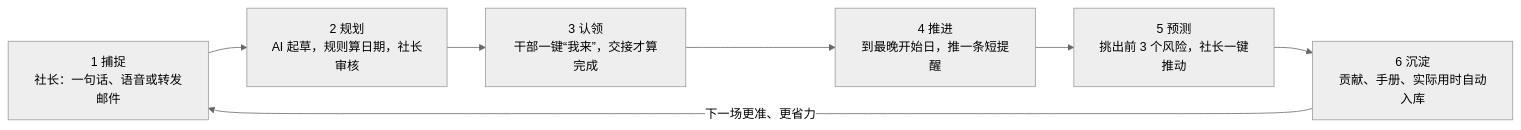
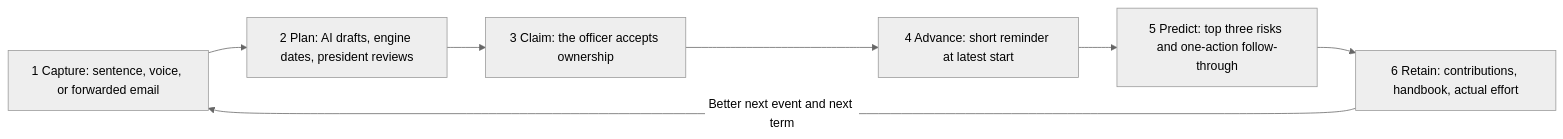
One commit to juanxiwu2005/platypus-officer-hub changed the diagram in docs/PRODUCT_PLAN.md. Above: the diagram before and after it, drawn with Mermaid (neutral theme). The commit also changed other lines of this file and 163 other files, not shown here.

````diff
--- a/docs/PRODUCT_PLAN.md
+++ b/docs/PRODUCT_PLAN.md
@@ -70,9 +67,9 @@
 ```mermaid
 flowchart LR
-  A["1 捕捉<br/>社长：一句话、语音或转发邮件"] --> B["2 规划<br/>AI 起草，规则算日期，社长审核"]
-  B --> C["3 认领<br/>干部一键“我来”，交接才算完成"]
-  C --> D["4 推进<br/>到最晚开始日，推一条短提醒"]
-  D --> E["5 预测<br/>挑出前 3 个风险，社长一键推动"]
-  E --> F["6 沉淀<br/>贡献、手册、实际用时自动入库"]
-  F -->|下一场更准、更省力| A
+  A["1 Capture: sentence, voice, or forwarded email"] --> B["2 Plan: AI drafts, engine dates, president reviews"]
+  B --> C["3 Claim: the officer accepts ownership"]
+  C --> D["4 Advance: short reminder at latest start"]
+  D --> E["5 Predict: top three risks and one-action follow-through"]
+  E --> F["6 Retain: contributions, handbook, actual effort"]
+  F -->|Better next event and next term| A
 ```
````
